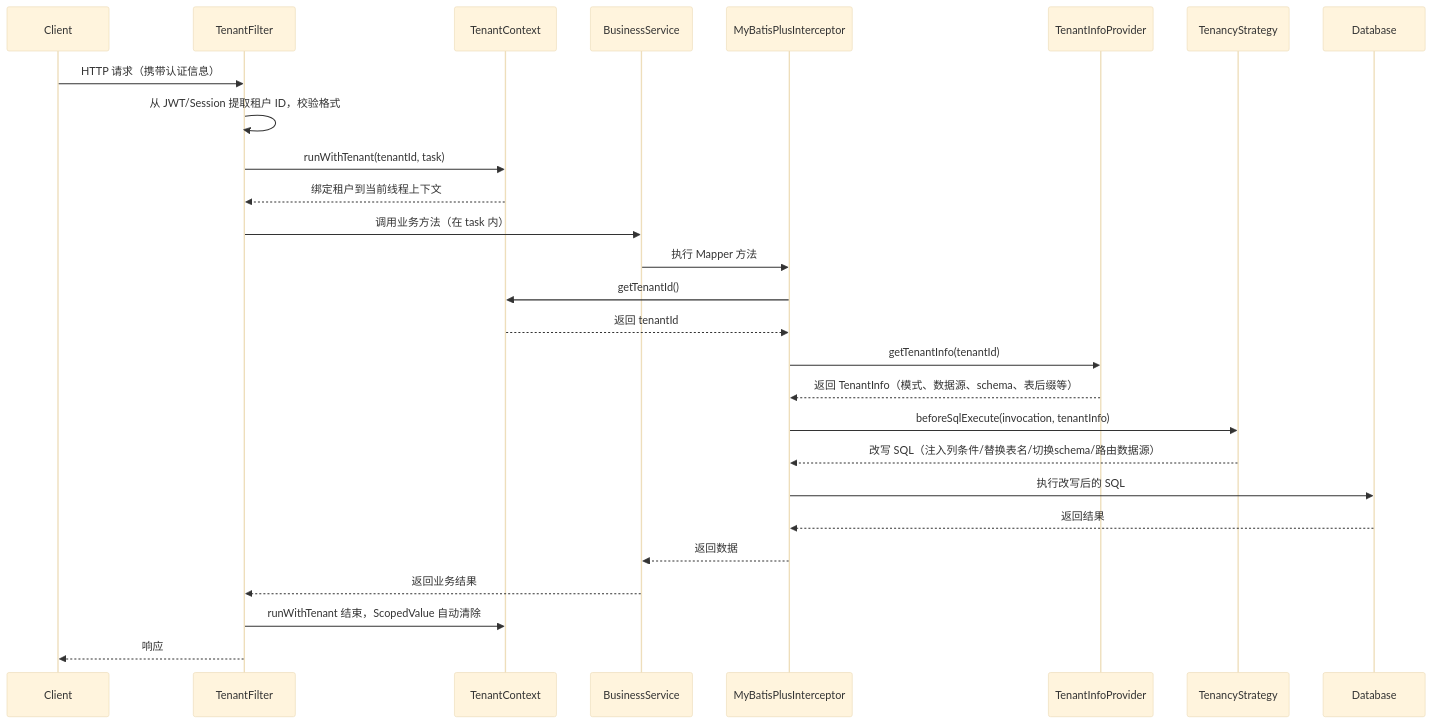
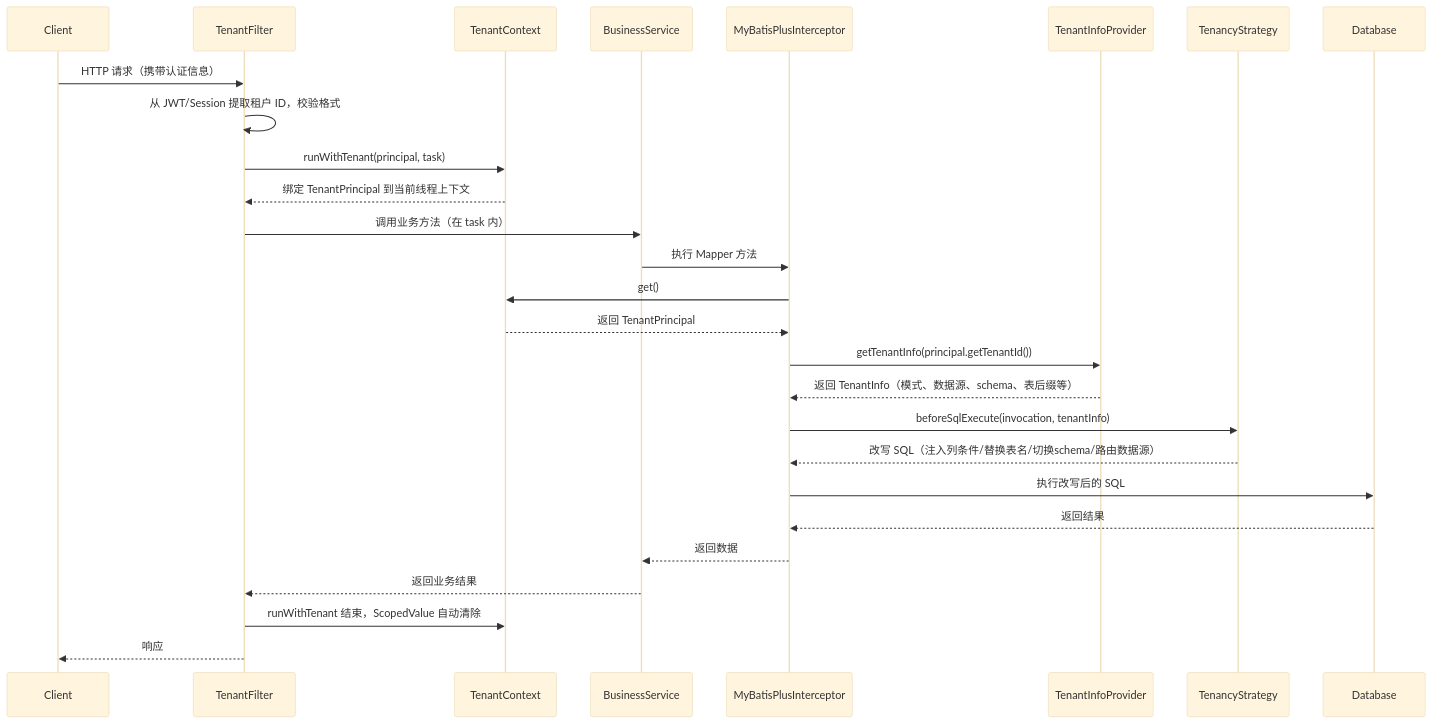
The first of 3 diagrams in atlas-richie-component/atlas-richie-component-tenant/docs/多租户MyBatis-Plus通用插件概念设计.md (richie696/atlas-richie-platform), drawn with Mermaid (base theme) before and after one commit. The commit also changed other lines of this file and 1 other file, not shown here.

Commit message:
refactor(tenant): 将租户上下文接口从字符串ID改为TenantPrincipal对象
- 修改TenantContextHolder接口的runWithTenant方法参数从String tenantId改为TenantPrincipal principal
- 修改TenantContextHolder接口的getTenantId方法返回值从String改为TenantPrincipal并重命名为get
- 更新ScopedValueHolder和TransmittableThreadLocalHolder实现类适配新的接口定义
- 在TenantIdentityFilter中构造TenantPrincipal对象并传入runWithTenant方法
- 更新文档中的方法调用描述从getTenantId改为get并使用principal.getTenantId()
- 修改跨服务调用和MQ消息传递中的租户ID处理逻辑适配TenantPrincipal对象
- 更新定时任务和后台线程中的租户绑定方式使用TenantPrincipal对象

````diff
--- a/atlas-richie-component/atlas-richie-component-tenant/docs/多租户MyBatis-Plus通用插件概念设计.md
+++ b/atlas-richie-component/atlas-richie-component-tenant/docs/多租户MyBatis-Plus通用插件概念设计.md
@@ -268,30 +268,30 @@
 ```mermaid
 sequenceDiagram
     participant Client
     participant TenantFilter
     participant TenantContext
     participant BusinessService
     participant MyBatisPlusInterceptor
     participant TenantInfoProvider
     participant TenancyStrategy
     participant Database
 
     Client->>TenantFilter: HTTP 请求（携带认证信息）
     TenantFilter->>TenantFilter: 从 JWT/Session 提取租户 ID，校验格式
-    TenantFilter->>TenantContext: runWithTenant(tenantId, task)
-    TenantContext-->>TenantFilter: 绑定租户到当前线程上下文
+    TenantFilter->>TenantContext: runWithTenant(principal, task)
+    TenantContext-->>TenantFilter: 绑定 TenantPrincipal 到当前线程上下文
     TenantFilter->>BusinessService: 调用业务方法（在 task 内）
     BusinessService->>MyBatisPlusInterceptor: 执行 Mapper 方法
-    MyBatisPlusInterceptor->>TenantContext: getTenantId()
-    TenantContext-->>MyBatisPlusInterceptor: 返回 tenantId
-    MyBatisPlusInterceptor->>TenantInfoProvider: getTenantInfo(tenantId)
+    MyBatisPlusInterceptor->>TenantContext: get()
+    TenantContext-->>MyBatisPlusInterceptor: 返回 TenantPrincipal
+    MyBatisPlusInterceptor->>TenantInfoProvider: getTenantInfo(principal.getTenantId())
     TenantInfoProvider-->>MyBatisPlusInterceptor: 返回 TenantInfo（模式、数据源、schema、表后缀等）
     MyBatisPlusInterceptor->>TenancyStrategy: beforeSqlExecute(invocation, tenantInfo)
     TenancyStrategy-->>MyBatisPlusInterceptor: 改写 SQL（注入列条件/替换表名/切换schema/路由数据源）
     MyBatisPlusInterceptor->>Database: 执行改写后的 SQL
     Database-->>MyBatisPlusInterceptor: 返回结果
     MyBatisPlusInterceptor-->>BusinessService: 返回数据
     BusinessService-->>TenantFilter: 返回业务结果
     TenantFilter->>TenantContext: runWithTenant 结束，ScopedValue 自动清除
     TenantFilter-->>Client: 响应
 ```
````
